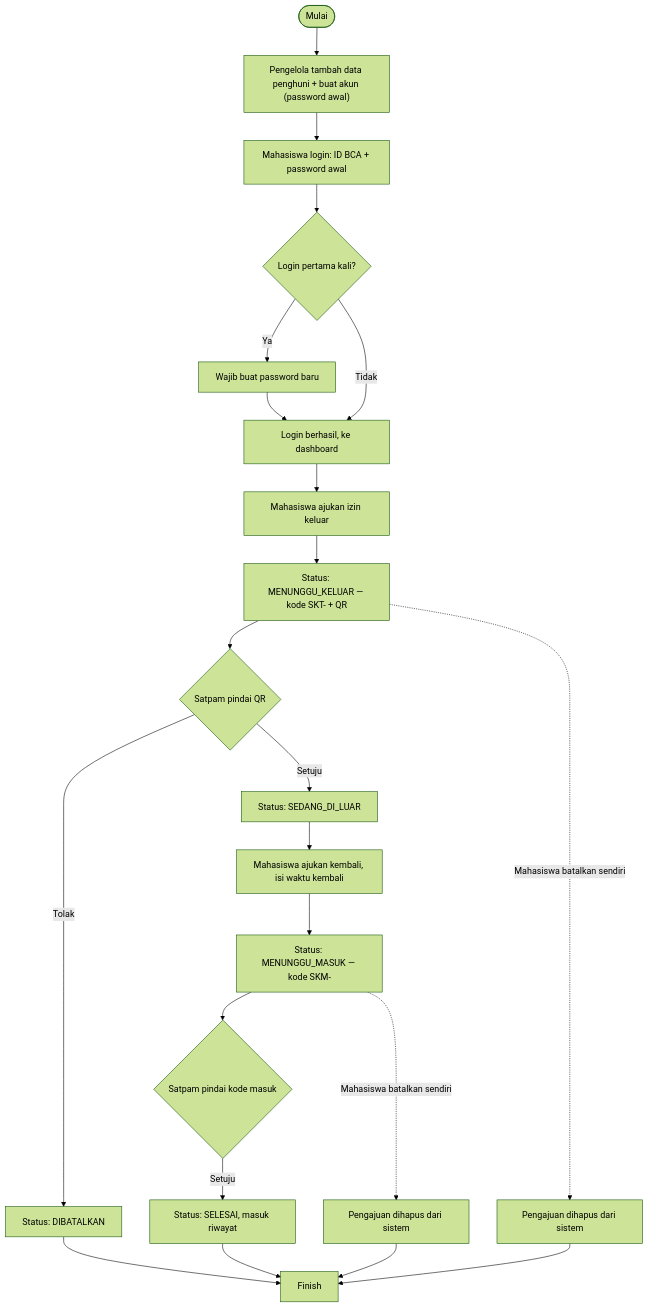
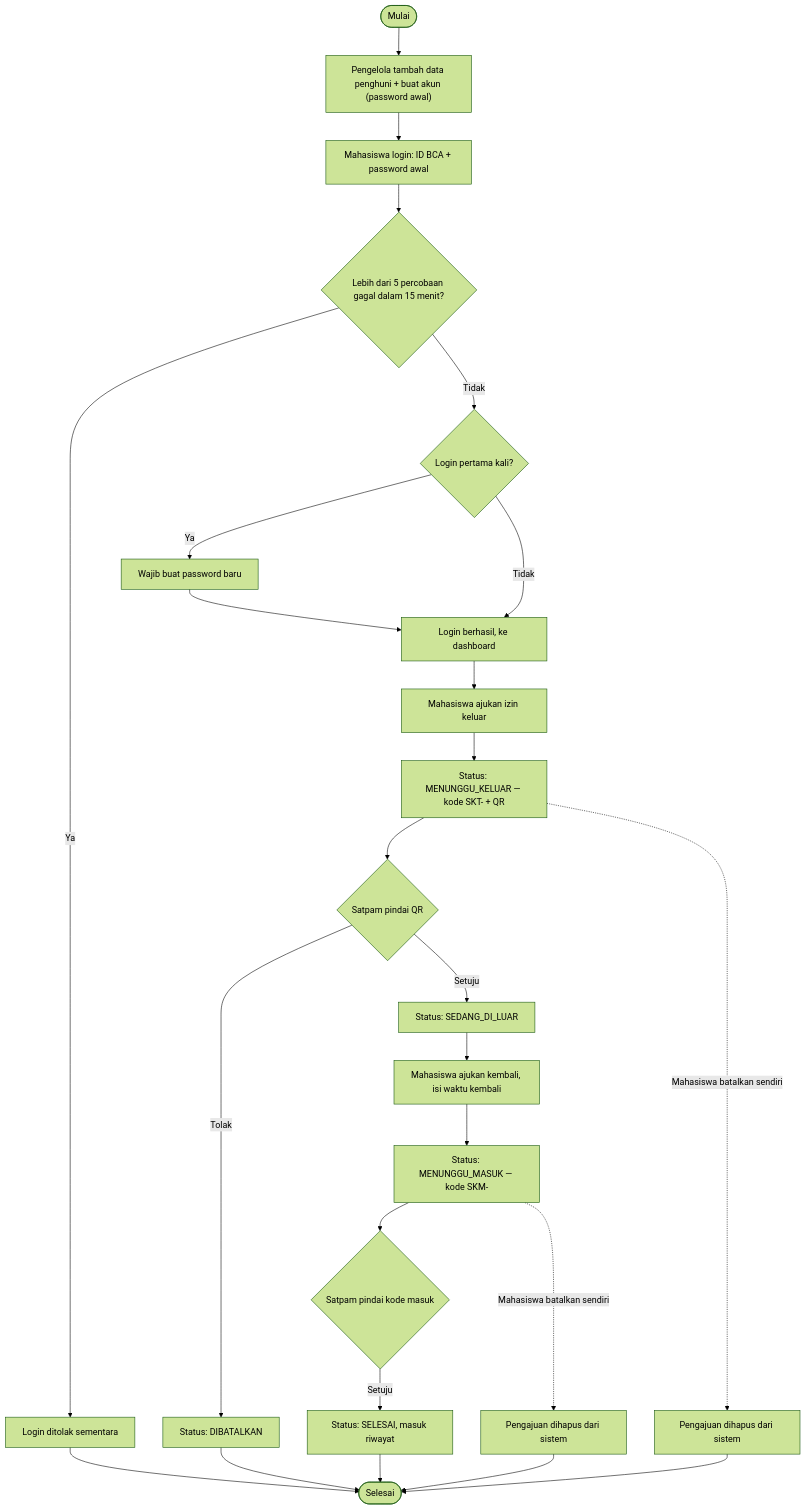
The diagram in README.md (felicyaholic-dev/SIKAT-RTB), drawn with Mermaid (forest theme) before and after one commit. The commit also changed other lines of this file and 3 other files, not shown here.

````diff
--- a/README.md
+++ b/README.md
@@ -43,24 +43,27 @@
 ```mermaid
 flowchart TD
   Start([Mulai]) --> A["Pengelola tambah data penghuni + buat akun (password awal)"]
   A --> B["Mahasiswa login: ID BCA + password awal"]
-  B --> C{Login pertama kali?}
+  B --> RL{Lebih dari 5 percobaan gagal dalam 15 menit?}
+  RL -->|Ya| RL1[Login ditolak sementara]
+  RL1 --> Finish([Selesai])
+  RL -->|Tidak| C{Login pertama kali?}
   C -->|Ya| C1[Wajib buat password baru]
   C1 --> D[Login berhasil, ke dashboard]
   C -->|Tidak| D
   D --> E[Mahasiswa ajukan izin keluar]
   E --> F["Status: MENUNGGU_KELUAR — kode SKT- + QR"]
   F --> G{Satpam pindai QR}
   G -->|Tolak| G1[Status: DIBATALKAN]
   G1 --> Finish
   F -.->|Mahasiswa batalkan sendiri| H1[Pengajuan dihapus dari sistem]
   H1 --> Finish
   G -->|Setuju| H[Status: SEDANG_DI_LUAR]
   H --> I[Mahasiswa ajukan kembali, isi waktu kembali]
   I --> J["Status: MENUNGGU_MASUK — kode SKM-"]
   J --> K{Satpam pindai kode masuk}
   K -->|Setuju| L[Status: SELESAI, masuk riwayat]
   L --> Finish
   J -.->|Mahasiswa batalkan sendiri| J1[Pengajuan dihapus dari sistem]
   J1 --> Finish
 ```
````
